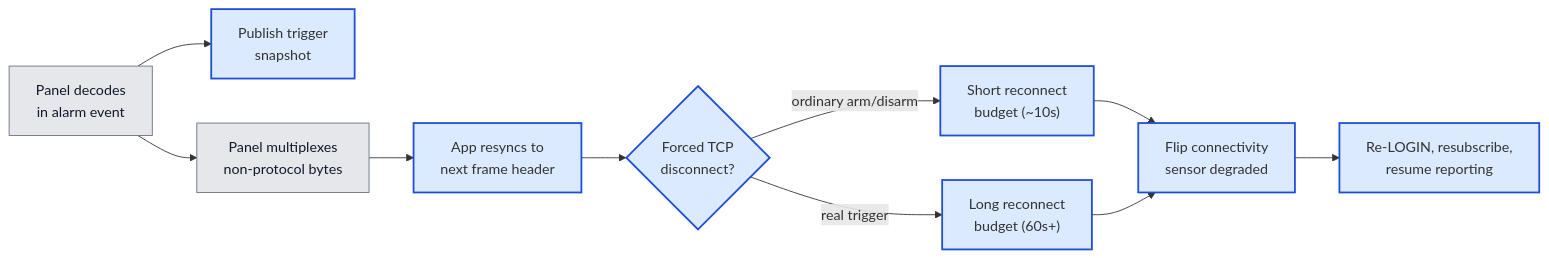
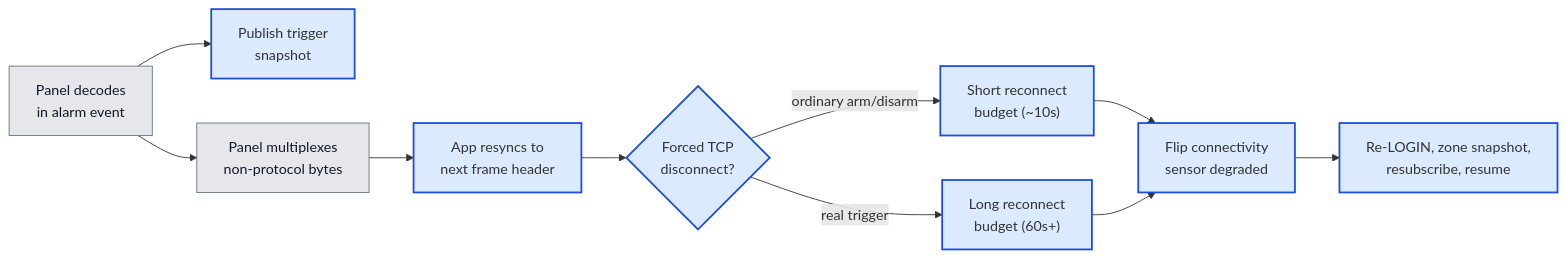
The fifth of 6 diagrams in docs/architecture.md (michaelmarconi/texecom_alarm), drawn with Mermaid before and after one commit. The commit also changed other lines of this file, not shown here.

Commit message:
docs(architecture): fold ADR-006 zone-state snapshot into startup/reconnect flows

````diff
--- a/docs/architecture.md
+++ b/docs/architecture.md
@@ -258,22 +274,22 @@
 ```mermaid
 flowchart LR
     Trigger["Panel decodes<br/>in alarm event"]:::external
     Snap["Publish trigger<br/>snapshot"]:::owned
     Multiplex["Panel multiplexes<br/>non-protocol bytes"]:::external
     Resync["App resyncs to<br/>next frame header"]:::owned
     Drop{"Forced TCP<br/>disconnect?"}:::owned
     Short["Short reconnect<br/>budget (~10s)"]:::owned
     Long["Long reconnect<br/>budget (60s+)"]:::owned
     Degrade["Flip connectivity<br/>sensor degraded"]:::owned
-    Resume["Re-LOGIN, resubscribe,<br/>resume reporting"]:::owned
+    Resume["Re-LOGIN, zone snapshot,<br/>resubscribe, resume"]:::owned
 
     Trigger --> Snap
     Trigger --> Multiplex
     Multiplex --> Resync
     Resync --> Drop
     Drop -->|ordinary arm/disarm| Short --> Degrade --> Resume
     Drop -->|real trigger| Long --> Degrade
 
     classDef owned fill:#dbeafe,stroke:#1d4ed8,stroke-width:2px
     classDef external fill:#e5e7eb,stroke:#6b7280,color:#111827
 ```
````
